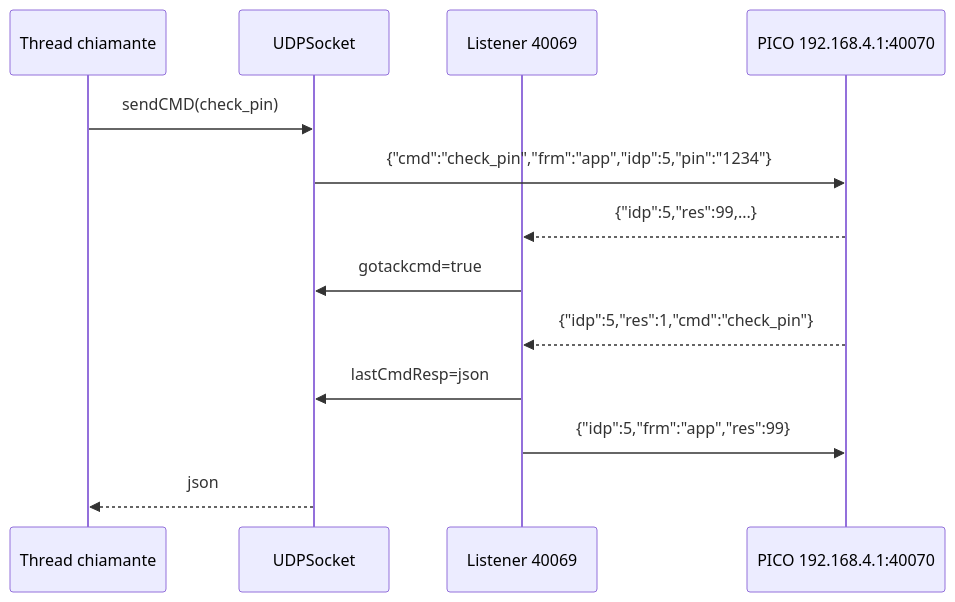
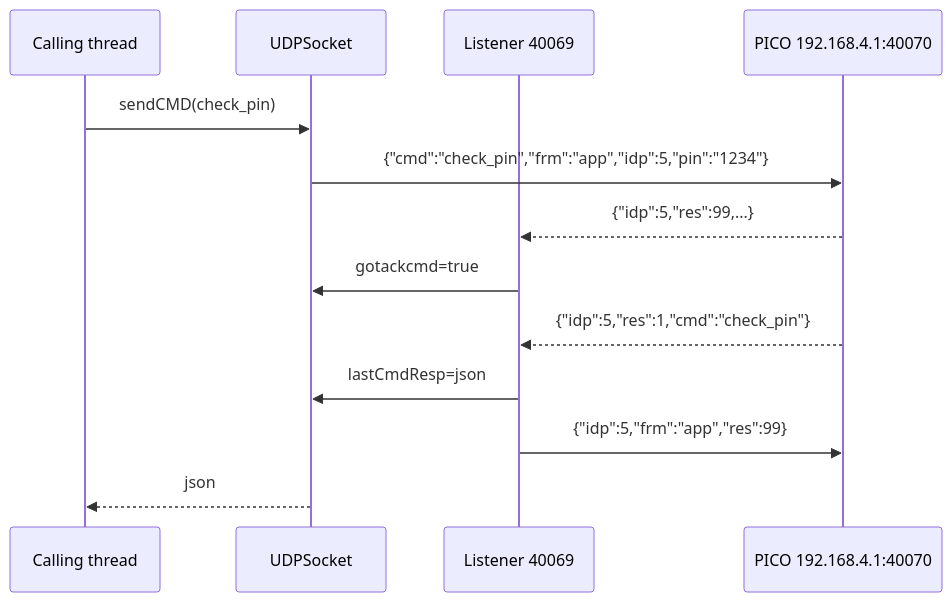
One commit to VoidElle/open-pico-local-api changed the second of 2 diagrams in docs/app-flows/01-transport.md. Above: the diagram before and after it, drawn with Mermaid. The commit also changed other lines of this file and 5 other files, not shown here.

Commit message:
docs: Added app flows

````diff
--- a/docs/app-flows/01-transport.md
+++ b/docs/app-flows/01-transport.md
@@ -228,15 +225,15 @@
 ```mermaid
 sequenceDiagram
-    participant UI as Thread chiamante
+    participant UI as Calling thread
     participant S as UDPSocket
     participant L as Listener 40069
     participant D as PICO 192.168.4.1:40070
     UI->>S: sendCMD(check_pin)
     S->>D: {"cmd":"check_pin","frm":"app","idp":5,"pin":"1234"}
     D-->>L: {"idp":5,"res":99,...}
     L->>S: gotackcmd=true
     D-->>L: {"idp":5,"res":1,"cmd":"check_pin"}
     L->>S: lastCmdResp=json
     L->>D: {"idp":5,"frm":"app","res":99}
     S-->>UI: json
 ```
````
